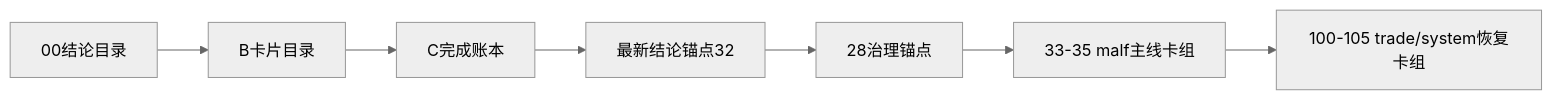
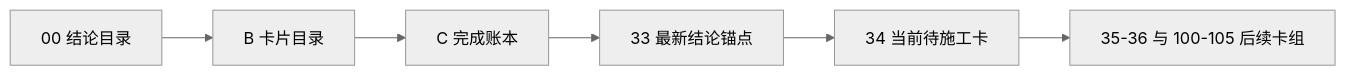
One commit to everything-is-simple/lifespan-0.01 changed the diagram in docs/03-execution/A-execution-reading-order-20260409.md. Above: the diagram before and after it, drawn with Mermaid (neutral theme). The commit also changed other lines of this file and 26 other files, not shown here.

````diff
--- a/docs/03-execution/A-execution-reading-order-20260409.md
+++ b/docs/03-execution/A-execution-reading-order-20260409.md
@@ -31,9 +26,8 @@
 ```mermaid
 flowchart LR
-    CONC[00结论目录] --> BCAT[B卡片目录]
-    BCAT --> CLED[C完成账本]
-    CLED --> ANC[最新结论锚点32]
-    ANC --> GATE[28治理锚点]
-    GATE --> NEXT[33-35 malf主线卡组]
-    NEXT --> POST[100-105 trade/system恢复卡组]
+    CONC["00 结论目录"] --> BCAT["B 卡片目录"]
+    BCAT --> CLED["C 完成账本"]
+    CLED --> ANC["33 最新结论锚点"]
+    ANC --> NEXT["34 当前待施工卡"]
+    NEXT --> POST["35-36 与 100-105 后续卡组"]
 ```
````
